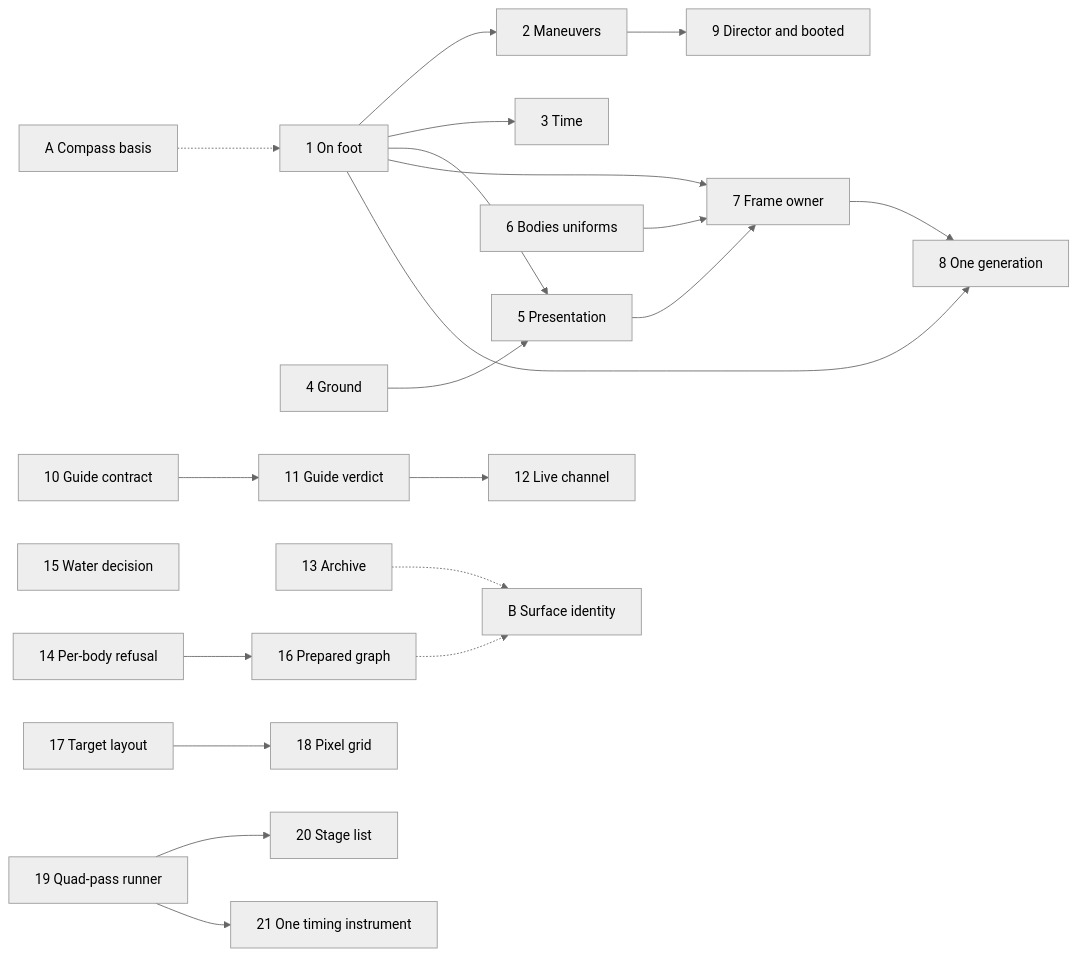
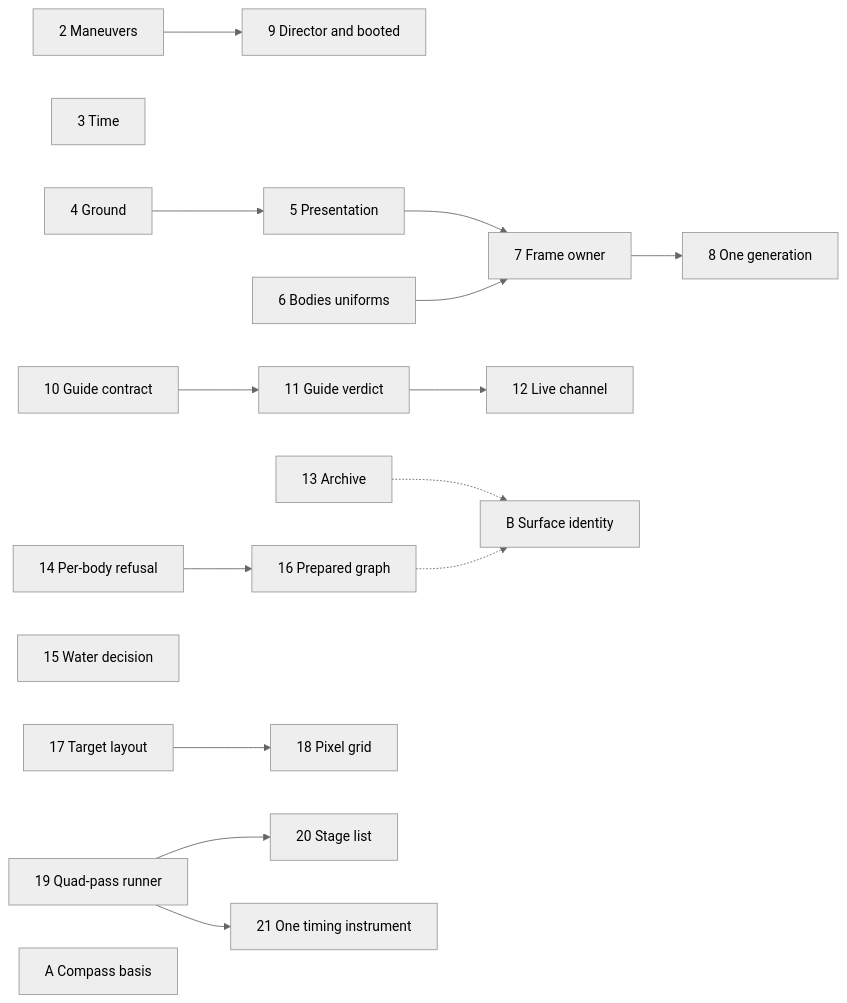
Before and after one commit to jonjaques/inertialref: the diagram in design/plans/arch-review.md, drawn with Mermaid (neutral theme). The commit also changed other lines of this file and 23 other files, not shown here.

````diff
--- a/design/plans/arch-review.md
+++ b/design/plans/arch-review.md
@@ -70,22 +70,19 @@
 ```mermaid
 flowchart LR
-  P1[1 On foot] --> P2[2 Maneuvers] --> P9[9 Director and booted]
-  P1 --> P3[3 Time]
+  P2[2 Maneuvers] --> P9[9 Director and booted]
+  P3[3 Time]
   P4[4 Ground] --> P5[5 Presentation]
-  P1 --> P5
   P5 --> P7[7 Frame owner]
   P6[6 Bodies uniforms] --> P7
-  P1 --> P7
   P7 --> P8[8 One generation]
-  P1 --> P8
   P10[10 Guide contract] --> P11[11 Guide verdict] --> P12[12 Live channel]
   P13[13 Archive]
   P14[14 Per-body refusal] --> P16[16 Prepared graph]
   P15[15 Water decision]
   P17[17 Target layout] --> P18[18 Pixel grid]
   P19[19 Quad-pass runner] --> P20[20 Stage list]
   P19 --> P21[21 One timing instrument]
-  A[A Compass basis] -.-> P1
+  A[A Compass basis]
   P13 -.-> B[B Surface identity]
   P16 -.-> B
 ```
````
